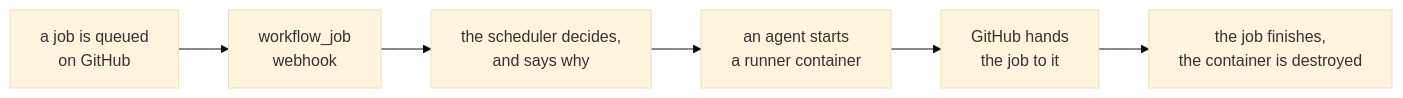
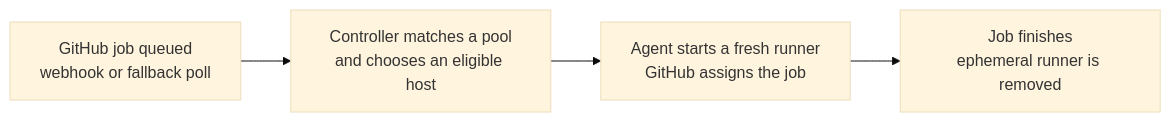
Before and after one commit to Aerendir/zoomies: the diagram in docs/index.md, drawn with Mermaid (base theme). The commit also changed other lines of this file and 16 other files, not shown here.

````diff
--- a/docs/index.md
+++ b/docs/index.md
@@ -75,11 +166,8 @@
 ```mermaid
 flowchart LR
-    q["a job is queued<br/>on GitHub"]
-    w["workflow_job<br/>webhook"]
-    d["the scheduler decides,<br/>and says why"]
-    s["an agent starts<br/>a runner container"]
-    a["GitHub hands<br/>the job to it"]
-    e["the job finishes,<br/>the container is destroyed"]
-
-    q --> w --> d --> s --> a --> e
+    q["GitHub job queued<br/>webhook or fallback poll"]
+    p["Controller matches a pool<br/>and chooses an eligible host"]
+    r["Agent starts a fresh runner<br/>GitHub assigns the job"]
+    e["Job finishes<br/>ephemeral runner is removed"]
+    q --> p --> r --> e
 ```
````
